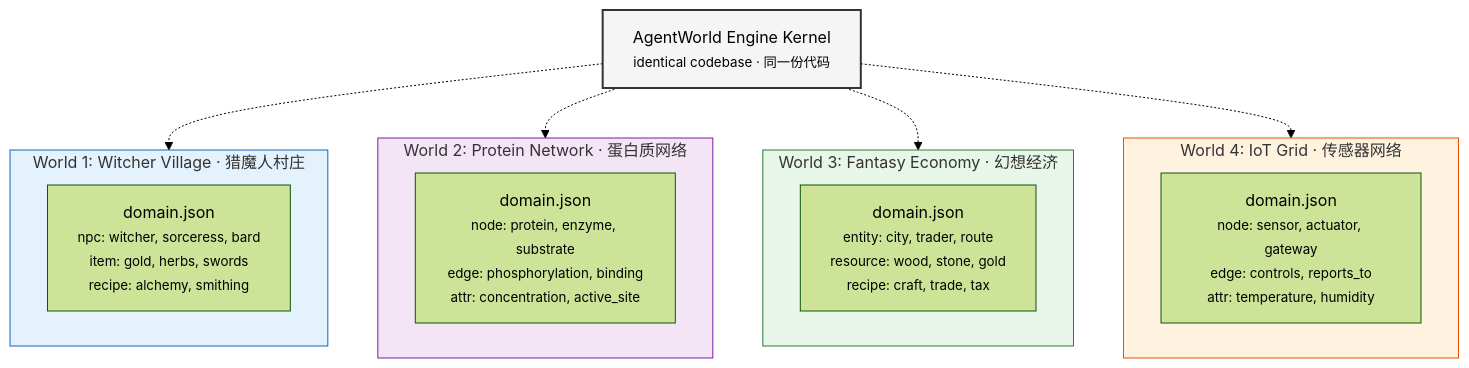
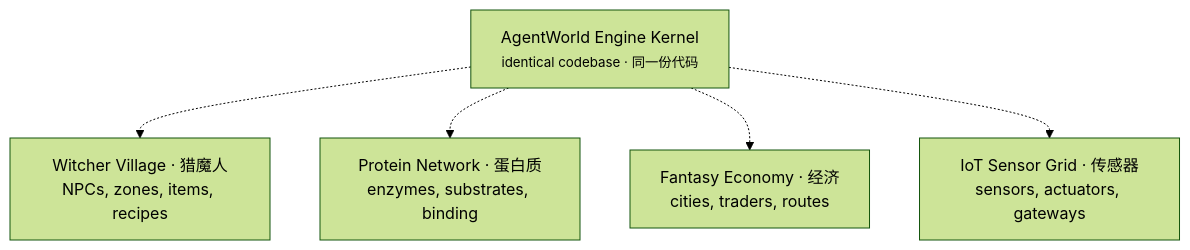
The fourth of 4 diagrams in README.md (Asher0501/AgentWorld), drawn with Mermaid (forest theme) before and after one commit. The commit also changed other lines of this file, not shown here.

````diff
--- a/README.md
+++ b/README.md
@@ -565,31 +588,14 @@
 ```mermaid
 flowchart TB
-    KERNEL["AgentWorld Engine Kernel\n<small>identical codebase · 同一份代码</small>"]
+    KERNEL["AgentWorld Engine Kernel<br/><small>identical codebase · 同一份代码</small>"]
 
-    subgraph W1["World 1: Witcher Village · 猎魔人村庄"]
-        CFG1["domain.json\n<small>npc: witcher, sorceress, bard\nitem: gold, herbs, swords\nrecipe: alchemy, smithing</small>"]
-    end
-
-    subgraph W2["World 2: Protein Network · 蛋白质网络"]
-        CFG2["domain.json\n<small>node: protein, enzyme, substrate\nedge: phosphorylation, binding\nattr: concentration, active_site</small>"]
-    end
-
-    subgraph W3["World 3: Fantasy Economy · 幻想经济"]
-        CFG3["domain.json\n<small>entity: city, trader, route\nresource: wood, stone, gold\nrecipe: craft, trade, tax</small>"]
-    end
-
-    subgraph W4["World 4: IoT Grid · 传感器网络"]
-        CFG4["domain.json\n<small>node: sensor, actuator, gateway\nedge: controls, reports_to\nattr: temperature, humidity</small>"]
-    end
+    W1["Witcher Village · 猎魔人<br/>NPCs, zones, items, recipes"]
+    W2["Protein Network · 蛋白质<br/>enzymes, substrates, binding"]
+    W3["Fantasy Economy · 经济<br/>cities, traders, routes"]
+    W4["IoT Sensor Grid · 传感器<br/>sensors, actuators, gateways"]
 
     KERNEL -.-> W1
     KERNEL -.-> W2
     KERNEL -.-> W3
     KERNEL -.-> W4
-
-    style KERNEL fill:#f5f5f5,stroke:#333,stroke-width:2px
-    style W1 fill:#e3f2fd,stroke:#1565c0
-    style W2 fill:#f3e5f5,stroke:#7b1fa2
-    style W3 fill:#e8f5e9,stroke:#2e7d32
-    style W4 fill:#fff3e0,stroke:#e65100
 ```
````
